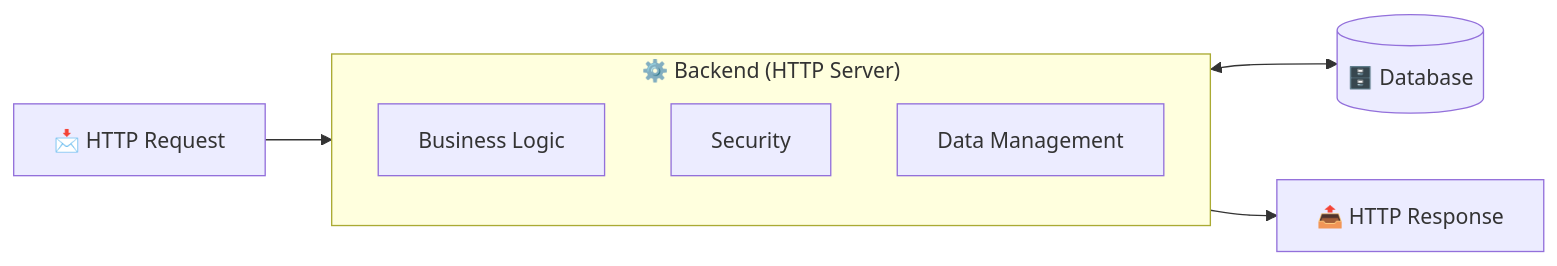
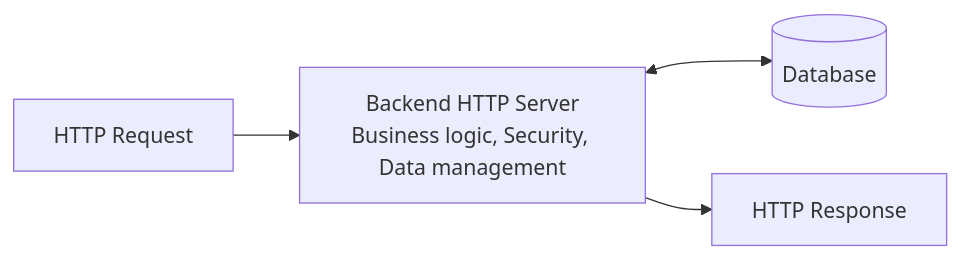
Before and after one commit to saikot05/backend-zero-to-expert: the fourth of 9 diagrams in 01-web-fundamentals/README.md, drawn with Mermaid. The commit also changed other lines of this file, not shown here.

Commit message:
docs: simplify all mermaid diagrams in 01 part 1

````diff
--- a/01-web-fundamentals/README.md
+++ b/01-web-fundamentals/README.md
@@ -137,12 +135,6 @@
 ```mermaid
 flowchart LR
-    REQ["📩 HTTP Request"] --> BE
-    subgraph BE["⚙️ Backend (HTTP Server)"]
-        direction TB
-        L["Business Logic"]
-        SEC["Security"]
-        DM["Data Management"]
-    end
-    BE <--> DB[("🗄️ Database")]
-    BE --> RES["📤 HTTP Response"]
+    REQ["HTTP Request"] --> BE["Backend HTTP Server<br/>Business logic, Security, Data management"]
+    BE <--> DB[("Database")]
+    BE --> RES["HTTP Response"]
 ```
````
